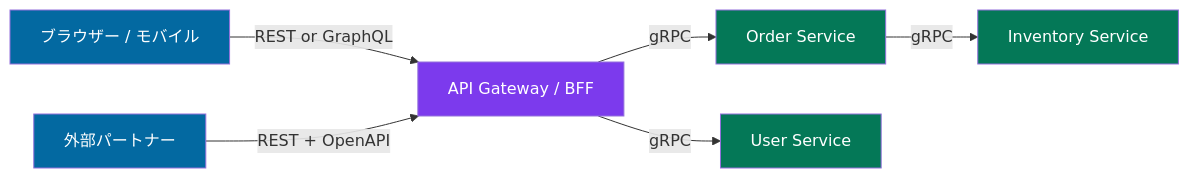
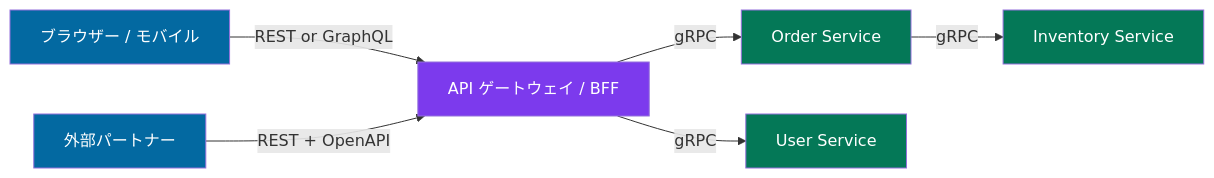
Before and after one commit to yoichiozaki/yoichiozaki.github.io: the fifth of 6 diagrams in content/blog/ja/rpc-vs-rest.mdx, drawn with Mermaid. The commit also changed other lines of this file and 220 other files, not shown here.

````diff
--- a/content/blog/ja/rpc-vs-rest.mdx
+++ b/content/blog/ja/rpc-vs-rest.mdx
@@ -1144,14 +1146,14 @@
 ```mermaid
 graph LR
-    BR["ブラウザー / モバイル"] -->|REST or GraphQL| GW["API Gateway / BFF"]
+    BR["ブラウザー / モバイル"] -->|REST or GraphQL| GW["API ゲートウェイ / BFF"]
     EXT["外部パートナー"] -->|REST + OpenAPI| GW
     GW -->|gRPC| S1["Order Service"]
     GW -->|gRPC| S2["User Service"]
     S1 -->|gRPC| S3["Inventory Service"]
     style GW fill:#7c3aed,color:#ffffff
     style S1 fill:#047857,color:#ffffff
     style S2 fill:#047857,color:#ffffff
     style S3 fill:#047857,color:#ffffff
     style BR fill:#0369a1,color:#ffffff
     style EXT fill:#0369a1,color:#ffffff
 ```
````
